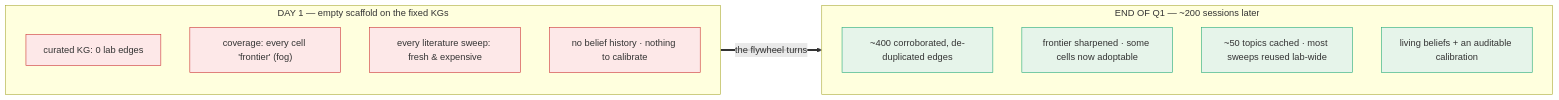
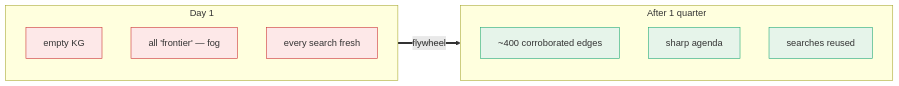
One commit to jamisonhburks/lab_tracker changed diagram 11 of 11 in docs/architecture-overview.md. Above: the diagram before and after it, drawn with Mermaid. The commit also changed other lines of this file and 23 other files, not shown here.

First line of the commit message:
docs: simplify slide diagrams — short glanceable labels (#69)

````diff
--- a/docs/architecture-overview.md
+++ b/docs/architecture-overview.md
@@ -287,22 +288,20 @@
 ```mermaid
 flowchart LR
-  subgraph D1["DAY 1 — empty scaffold on the fixed KGs"]
+  subgraph D1["Day 1"]
     direction TB
-    a1["curated KG: 0 lab edges"]
-    a2["coverage: every cell 'frontier' (fog)"]
-    a3["every literature sweep: fresh &amp; expensive"]
-    a4["no belief history · nothing to calibrate"]
+    a1["empty KG"]
+    a2["all 'frontier' — fog"]
+    a3["every search fresh"]
   end
-  subgraph Q1["END OF Q1 — ~200 sessions later"]
+  subgraph Q1["After 1 quarter"]
     direction TB
-    b1["~400 corroborated, de-duplicated edges"]
-    b2["frontier sharpened · some cells now adoptable"]
-    b3["~50 topics cached · most sweeps reused lab-wide"]
-    b4["living beliefs + an auditable calibration"]
+    b1["~400 corroborated edges"]
+    b2["sharp agenda"]
+    b3["searches reused"]
   end
-  D1 ==>|"the flywheel turns"| Q1
+  D1 ==>|"flywheel"| Q1
   classDef d fill:#fde8e8,stroke:#c33;
   classDef q fill:#e6f4ea,stroke:#2a7;
-  class a1,a2,a3,a4 d;
-  class b1,b2,b3,b4 q;
+  class a1,a2,a3 d;
+  class b1,b2,b3 q;
 ```
````
